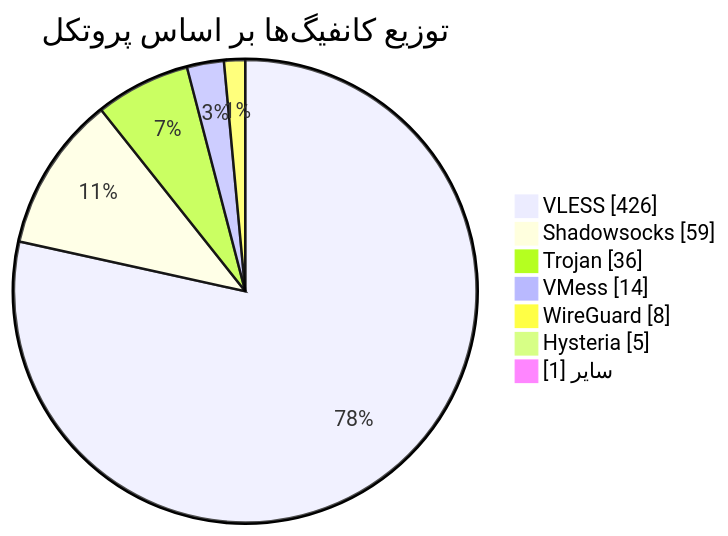
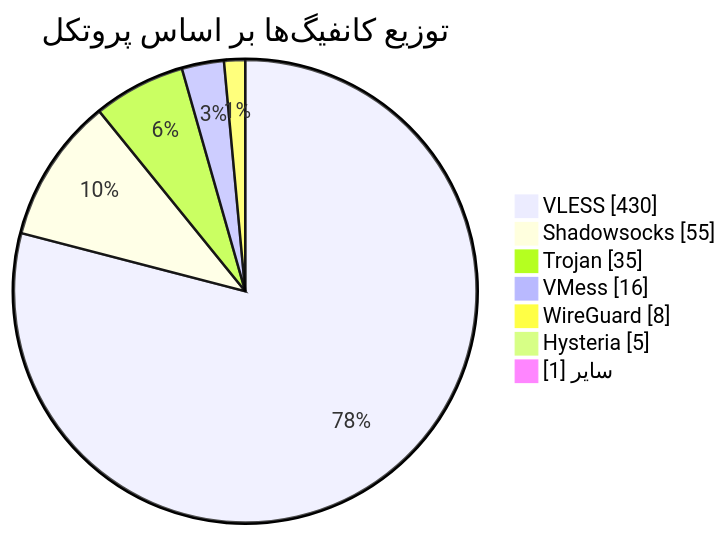
One commit to Arian-Alijani/Somthing changed the diagram in README.md. Above: the diagram before and after it, drawn with Mermaid. The commit also changed other lines of this file and 15 other files, not shown here.

````diff
--- a/README.md
+++ b/README.md
@@ -49,11 +49,11 @@
 ```mermaid
 pie showData
     title توزیع کانفیگ‌ها بر اساس پروتکل
-    "VLESS" : 426
-    "Shadowsocks" : 59
-    "Trojan" : 36
-    "VMess" : 14
+    "VLESS" : 430
+    "Shadowsocks" : 55
+    "Trojan" : 35
+    "VMess" : 16
     "WireGuard" : 8
     "Hysteria" : 5
     "سایر" : 1
 ```
````
